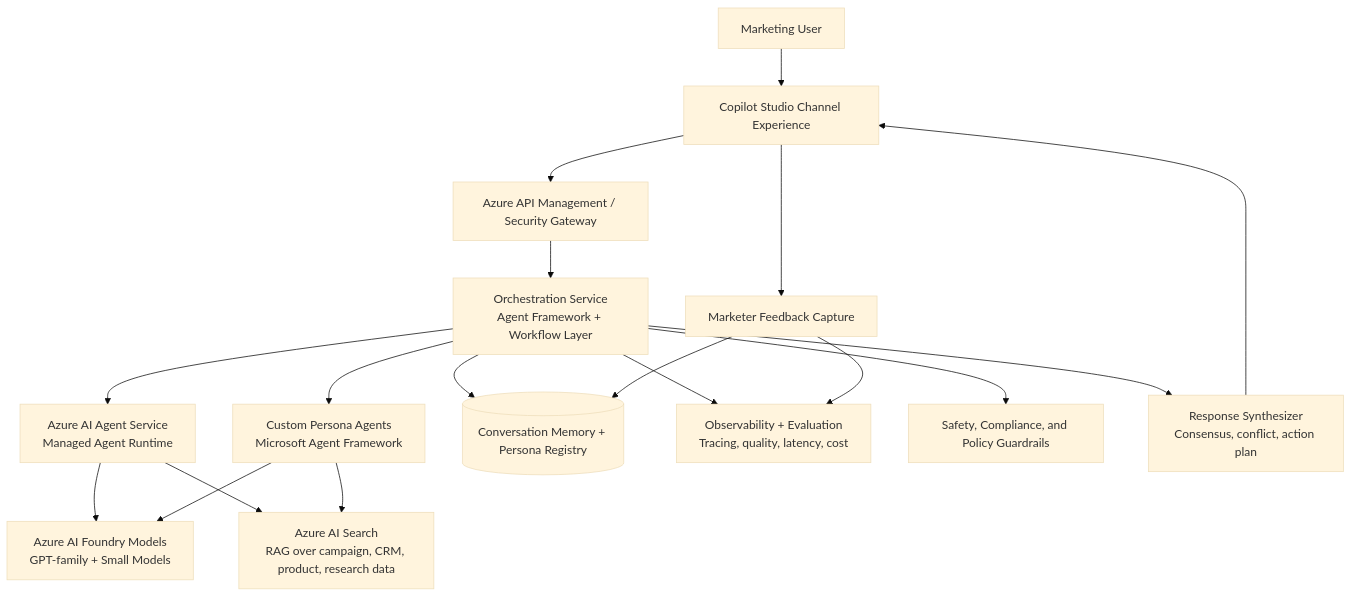
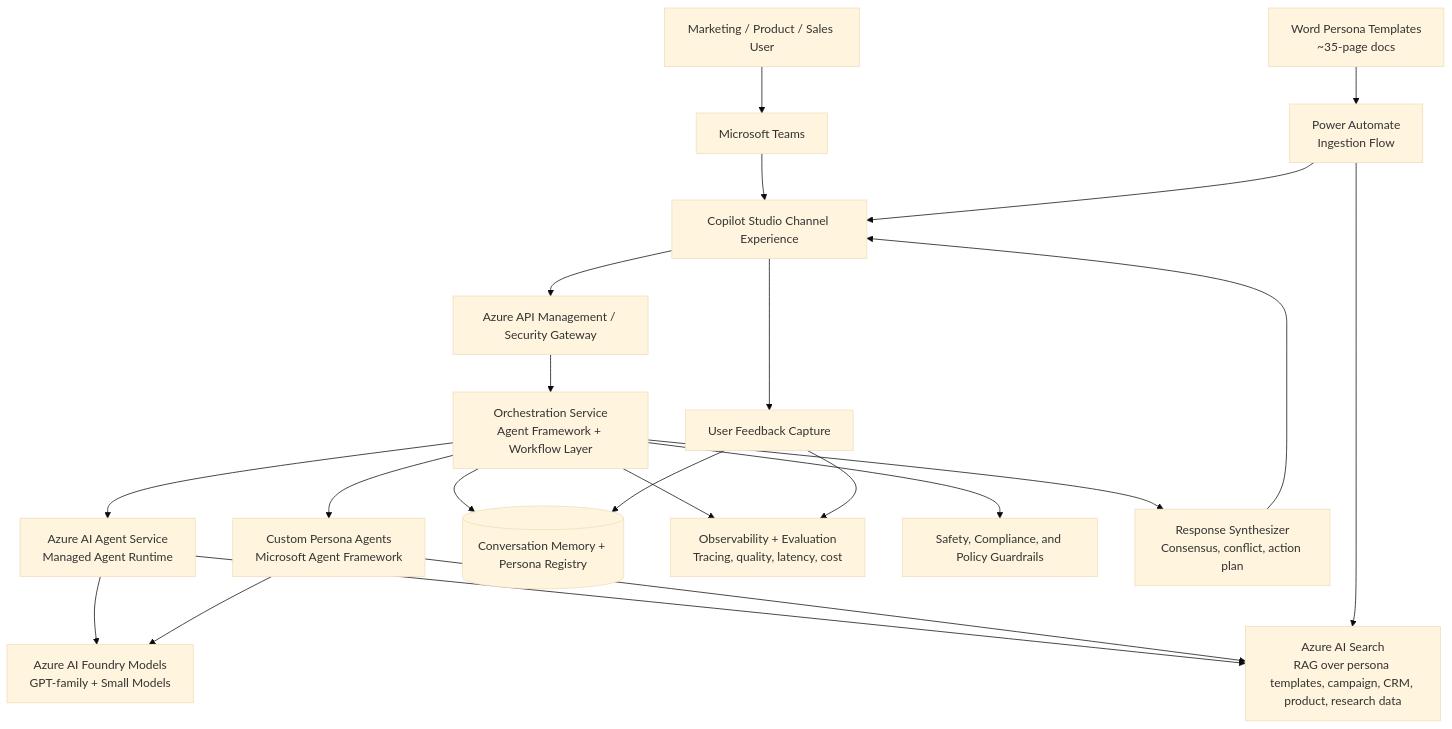
One commit to fuenfhausen/marketing-personas-agents changed the diagram in ARCHITECTURE.md. Above: the diagram before and after it, drawn with Mermaid (base theme). The commit also changed other lines of this file, not shown here.

First line of the commit message:
Update architecture based on meeting notes

````diff
--- a/ARCHITECTURE.md
+++ b/ARCHITECTURE.md
@@ -22,26 +42,31 @@
 ```mermaid
 flowchart TB
-    U[Marketing User] --> CS[Copilot Studio Channel Experience]
+    U[Marketing / Product / Sales User] --> TEAMS[Microsoft Teams]
+    TEAMS --> CS[Copilot Studio Channel Experience]
     CS --> APIM[Azure API Management / Security Gateway]
     APIM --> ORCH[Orchestration Service\nAgent Framework + Workflow Layer]
 
     ORCH --> AS[Azure AI Agent Service\nManaged Agent Runtime]
     ORCH --> AF[Custom Persona Agents\nMicrosoft Agent Framework]
 
     AS --> FM[Azure AI Foundry Models\nGPT-family + Small Models]
     AF --> FM
 
-    AS --> SRCH[Azure AI Search\nRAG over campaign, CRM, product, research data]
+    AS --> SRCH[Azure AI Search\nRAG over persona templates, campaign, CRM, product, research data]
     AF --> SRCH
 
     ORCH --> MEM[(Conversation Memory + Persona Registry)]
     ORCH --> OBS[Observability + Evaluation\nTracing, quality, latency, cost]
     ORCH --> GOV[Safety, Compliance, and Policy Guardrails]
 
     ORCH --> SYN[Response Synthesizer\nConsensus, conflict, action plan]
     SYN --> CS
 
-    CS --> FB[Marketer Feedback Capture]
+    CS --> FB[User Feedback Capture]
     FB --> OBS
     FB --> MEM
+
+    TMPL[Word Persona Templates\n~35-page docs] --> PA[Power Automate\nIngestion Flow]
+    PA --> CS
+    PA --> SRCH
 ```
````
